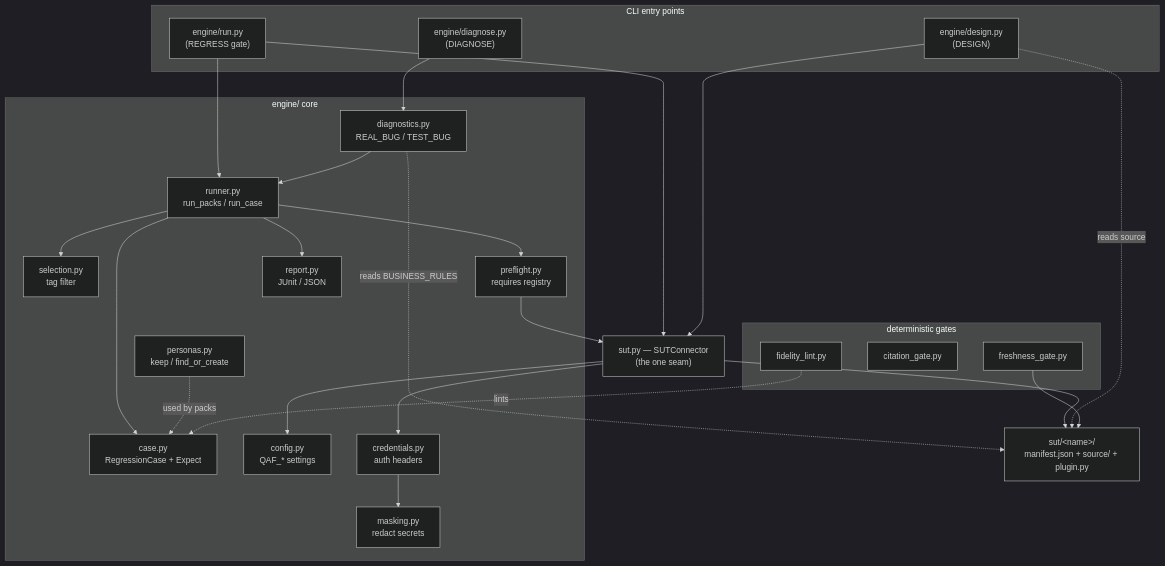
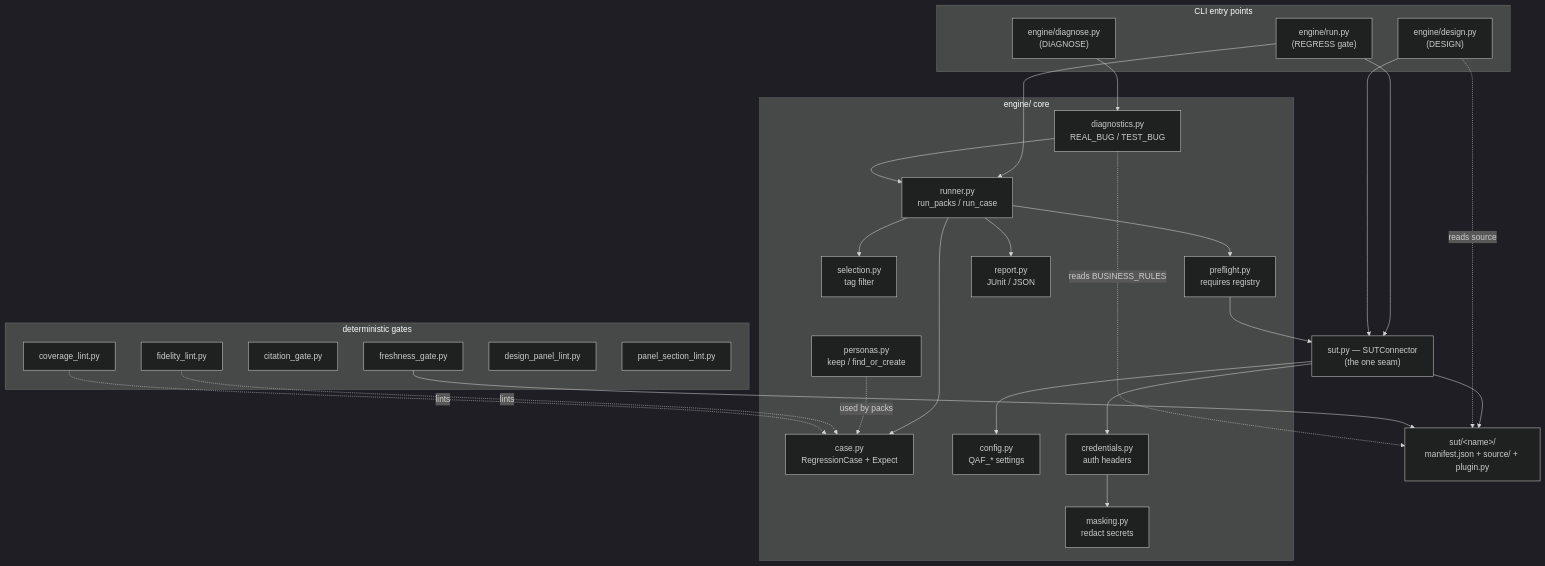
Before and after one commit to Calevi-Consulting/qensei: the first of 2 diagrams in docs/architecture.md, drawn with Mermaid (dark theme). The commit also changed other lines of this file and 4 other files, not shown here.

````diff
--- a/docs/architecture.md
+++ b/docs/architecture.md
@@ -28,48 +34,52 @@
 ```mermaid
 flowchart TB
   subgraph cli["CLI entry points"]
     run["engine/run.py<br/>(REGRESS gate)"]
     design["engine/design.py<br/>(DESIGN)"]
     diagnose["engine/diagnose.py<br/>(DIAGNOSE)"]
   end
 
   subgraph core["engine/ core"]
     runner["runner.py<br/>run_packs / run_case"]
     case["case.py<br/>RegressionCase + Expect"]
     selection["selection.py<br/>tag filter"]
     preflight["preflight.py<br/>requires registry"]
     personas["personas.py<br/>keep / find_or_create"]
     report["report.py<br/>JUnit / JSON"]
     diagnostics["diagnostics.py<br/>REAL_BUG / TEST_BUG"]
     config["config.py<br/>QAF_* settings"]
     creds["credentials.py<br/>auth headers"]
     masking["masking.py<br/>redact secrets"]
   end
 
   sut["sut.py — SUTConnector<br/>(the one seam)"]
 
   subgraph gates["deterministic gates"]
     fidelity["fidelity_lint.py"]
+    coverage["coverage_lint.py"]
     citation["citation_gate.py"]
     freshness["freshness_gate.py"]
+    designrec["design_panel_lint.py"]
+    panelrec["panel_section_lint.py"]
   end
 
   plugin["sut/&lt;name&gt;/<br/>manifest.json + source/ + plugin.py"]
 
   run --> runner --> case
   runner --> selection
   runner --> preflight
   runner --> report
   run --> sut
   design --> sut
   diagnose --> diagnostics --> runner
   sut --> config
   sut --> creds --> masking
   preflight --> sut
   personas -. used by packs .-> case
   sut --> plugin
   design -. reads source .-> plugin
   diagnostics -. reads BUSINESS_RULES .-> plugin
   fidelity -. lints .-> case
+  coverage -. lints .-> case
   freshness --> plugin
 ```
````
